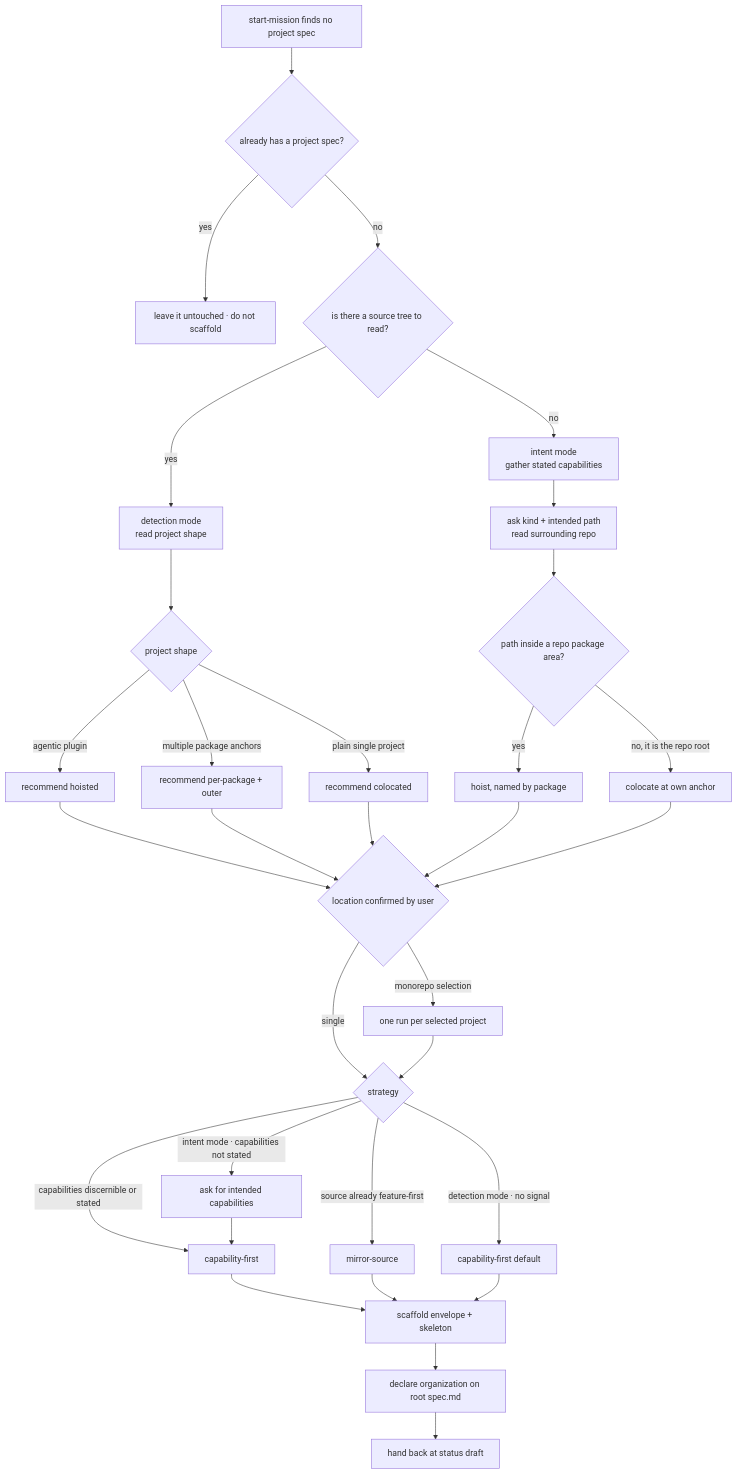
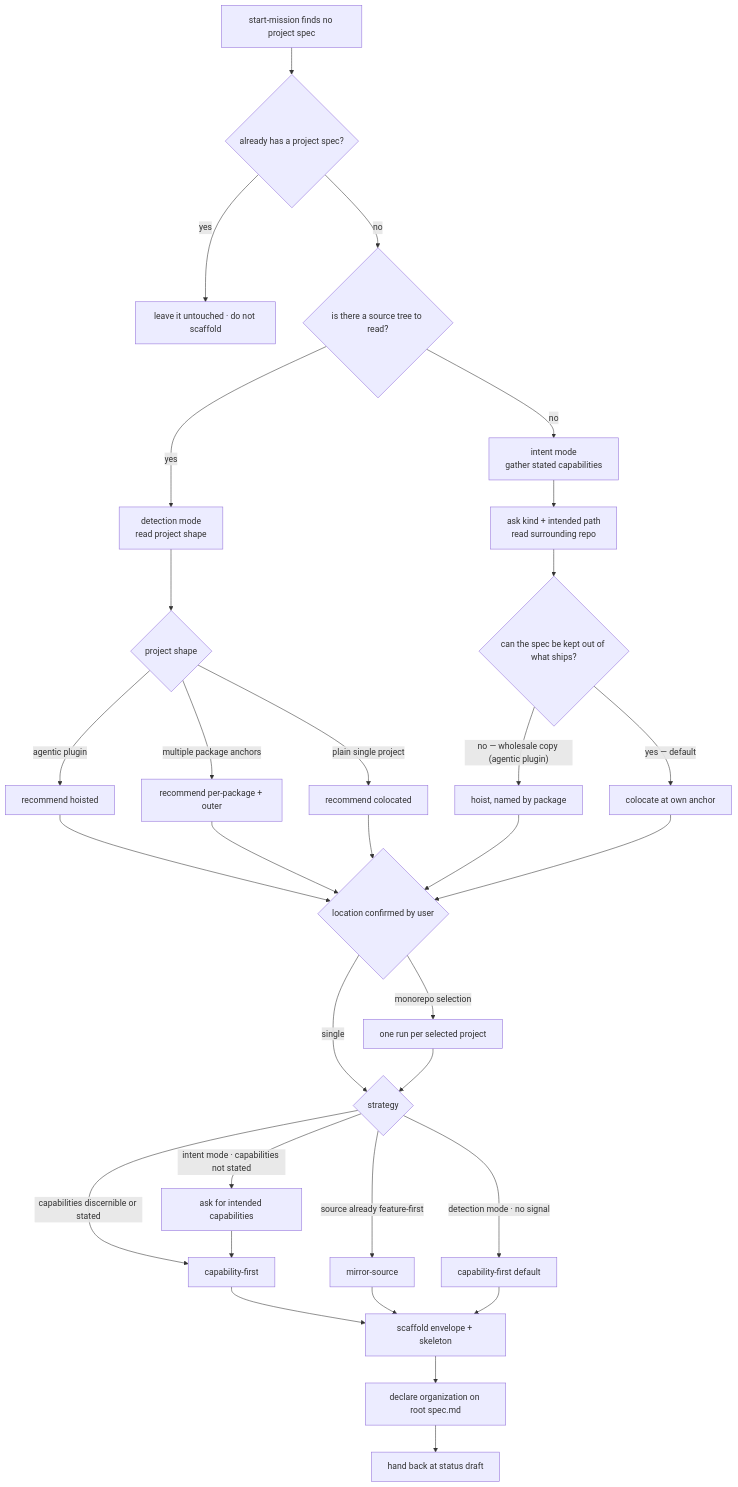
One commit to cyberuni/cyber-sdd changed the diagram in .agents/specs/sdd/authoring/scaffold-project-spec/README.md. Above: the diagram before and after it, drawn with Mermaid. The commit also changed other lines of this file and 3 other files, not shown here.

First line of the commit message:
fix(sdd): hoist only when the spec cannot be kept out of what ships

````diff
--- a/.agents/specs/sdd/authoring/scaffold-project-spec/README.md
+++ b/.agents/specs/sdd/authoring/scaffold-project-spec/README.md
@@ -64,41 +64,41 @@
 ```mermaid
 flowchart TD
   S["start-mission finds no project spec"] --> D0{"already has a project spec?"}
   D0 -->|"yes"| X["leave it untouched · do not scaffold"]
   D0 -->|"no"| D1{"is there a source tree to read?"}
 
   D1 -->|"yes"| DET["detection mode<br/>read project shape"]
   D1 -->|"no"| INT["intent mode<br/>gather stated capabilities"]
 
   DET --> D2{"project shape"}
   D2 -->|"agentic plugin"| L1["recommend hoisted"]
   D2 -->|"multiple package anchors"| L2["recommend per-package + outer"]
   D2 -->|"plain single project"| L3["recommend colocated"]
   INT --> L4["ask kind + intended path<br/>read surrounding repo"]
 
   L1 --> D3{"location confirmed by user"}
   L2 --> D3
   L3 --> D3
-  L4 --> DER{"path inside a repo package area?"}
-  DER -->|"yes"| H1["hoist, named by package"]
-  DER -->|"no, it is the repo root"| H2["colocate at own anchor"]
+  L4 --> DER{"can the spec be kept out of what ships?"}
+  DER -->|"no — wholesale copy (agentic plugin)"| H1["hoist, named by package"]
+  DER -->|"yes — default"| H2["colocate at own anchor"]
   H1 --> D3
   H2 --> D3
 
   D3 -->|"monorepo selection"| FAN["one run per selected project"]
   D3 -->|"single"| D4{"strategy"}
   FAN --> D4
 
   D4 -->|"capabilities discernible or stated"| ST1["capability-first"]
   D4 -->|"source already feature-first"| ST2["mirror-source"]
   D4 -->|"detection mode · no signal"| ST3["capability-first default"]
   D4 -->|"intent mode · capabilities not stated"| ASK["ask for intended capabilities"]
   ASK --> ST1
 
   ST1 --> SC["scaffold envelope + skeleton"]
   ST2 --> SC
   ST3 --> SC
 
   SC --> DECL["declare organization on root spec.md"]
   DECL --> HB["hand back at status draft"]
 ```
````
